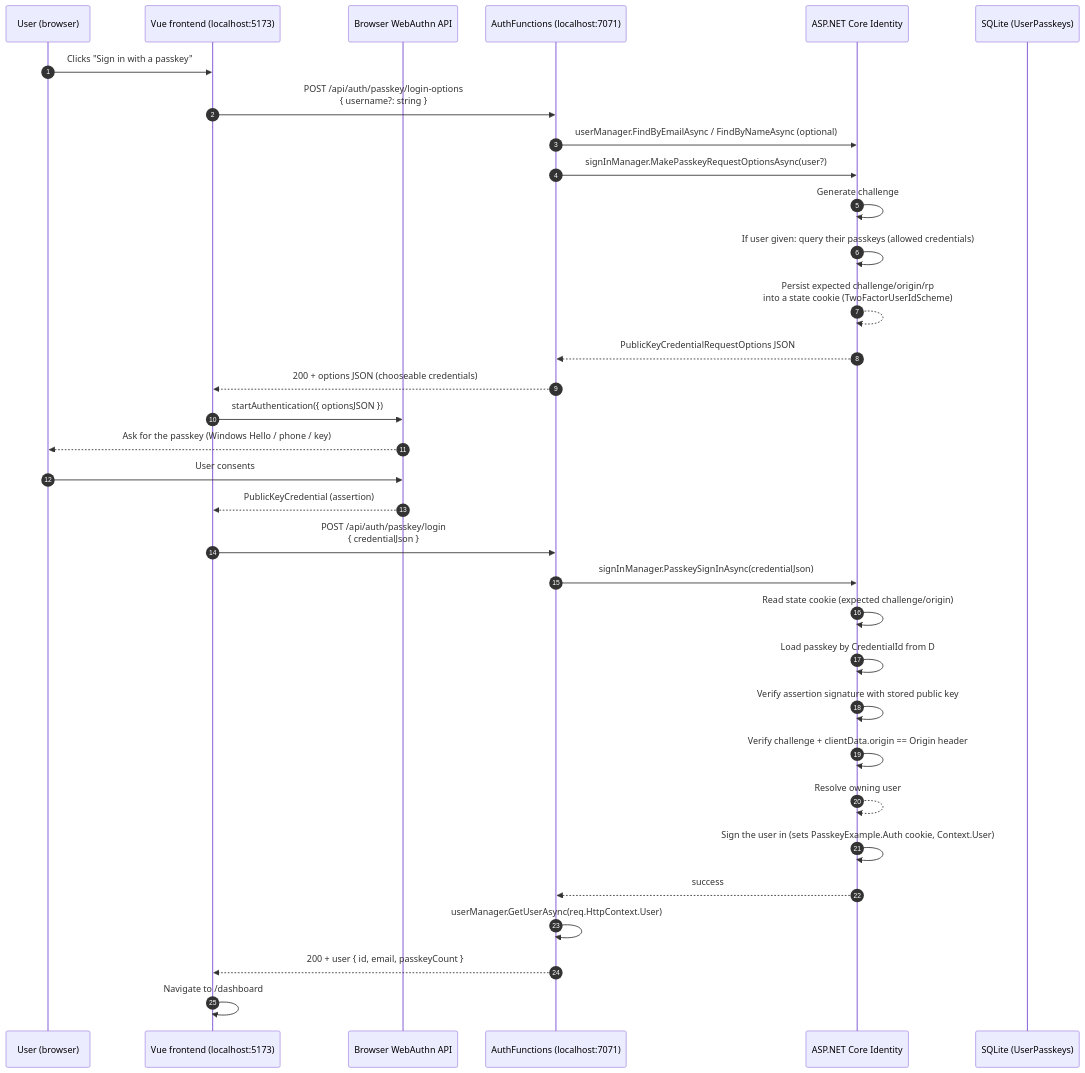
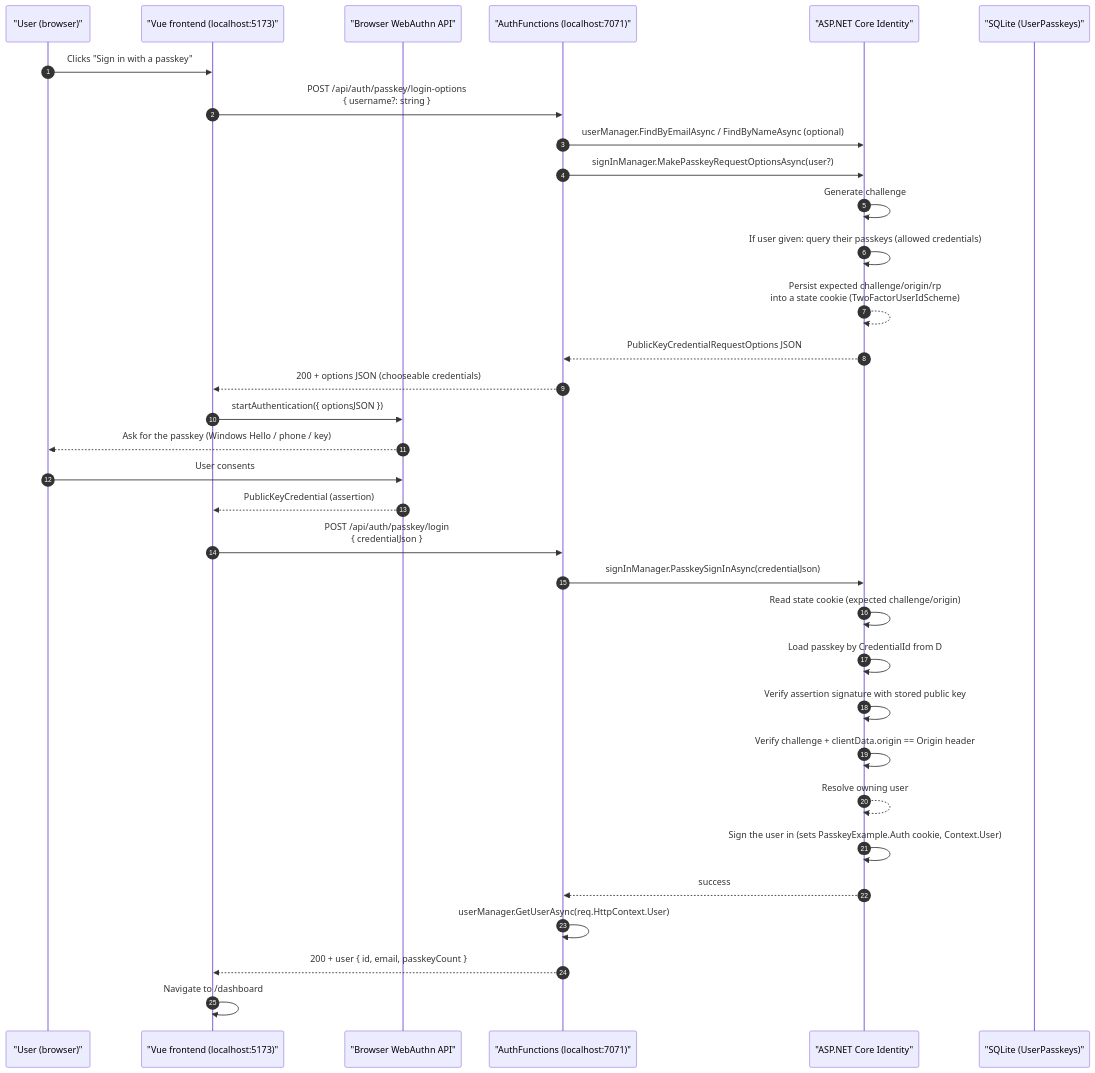
The diagram in docs/passkey-authentication.md (KenjiOhtsuka/passkey_exmaple_cs_and_vue), drawn with Mermaid before and after one commit. The commit also changed 1 other file, not shown here.

Commit message:
refactor: update participant labels in sequence diagrams for clarity

````diff
--- a/docs/passkey-authentication.md
+++ b/docs/passkey-authentication.md
@@ -9,36 +9,36 @@
 ```mermaid
 sequenceDiagram
     autonumber
-    participant U as User (browser)
-    participant F as Vue frontend (localhost:5173)
-    participant B as Browser WebAuthn API
-    participant S as AuthFunctions (localhost:7071)
-    participant I as ASP.NET Core Identity
-    participant D as SQLite (UserPasskeys)
+    participant U as "User (browser)"
+    participant F as "Vue frontend (localhost:5173)"
+    participant B as "Browser WebAuthn API"
+    participant S as "AuthFunctions (localhost:7071)"
+    participant I as "ASP.NET Core Identity"
+    participant D as "SQLite (UserPasskeys)"
 
     U->>F: Clicks "Sign in with a passkey"
     F->>S: POST /api/auth/passkey/login-options<br/>{ username?: string }
     S->>I: userManager.FindByEmailAsync / FindByNameAsync (optional)
     S->>I: signInManager.MakePasskeyRequestOptionsAsync(user?)
     I->>I: Generate challenge
     I->>I: If user given: query their passkeys (allowed credentials)
     I-->>I: Persist expected challenge/origin/rp<br/>into a state cookie (TwoFactorUserIdScheme)
     I-->>S: PublicKeyCredentialRequestOptions JSON
     S-->>F: 200 + options JSON (chooseable credentials)
     F->>B: startAuthentication({ optionsJSON })
     B-->>U: Ask for the passkey (Windows Hello / phone / key)
     U->>B: User consents
     B-->>F: PublicKeyCredential (assertion)
     F->>S: POST /api/auth/passkey/login<br/>{ credentialJson }
     S->>I: signInManager.PasskeySignInAsync(credentialJson)
     I->>I: Read state cookie (expected challenge/origin)
     I->>I: Load passkey by CredentialId from D
     I->>I: Verify assertion signature with stored public key
     I->>I: Verify challenge + clientData.origin == Origin header
     I-->>I: Resolve owning user
     I->>I: Sign the user in (sets PasskeyExample.Auth cookie, Context.User)
     I-->>S: success
     S->>S: userManager.GetUserAsync(req.HttpContext.User)
     S-->>F: 200 + user { id, email, passkeyCount }
     F->>F: Navigate to /dashboard
 ```
````
